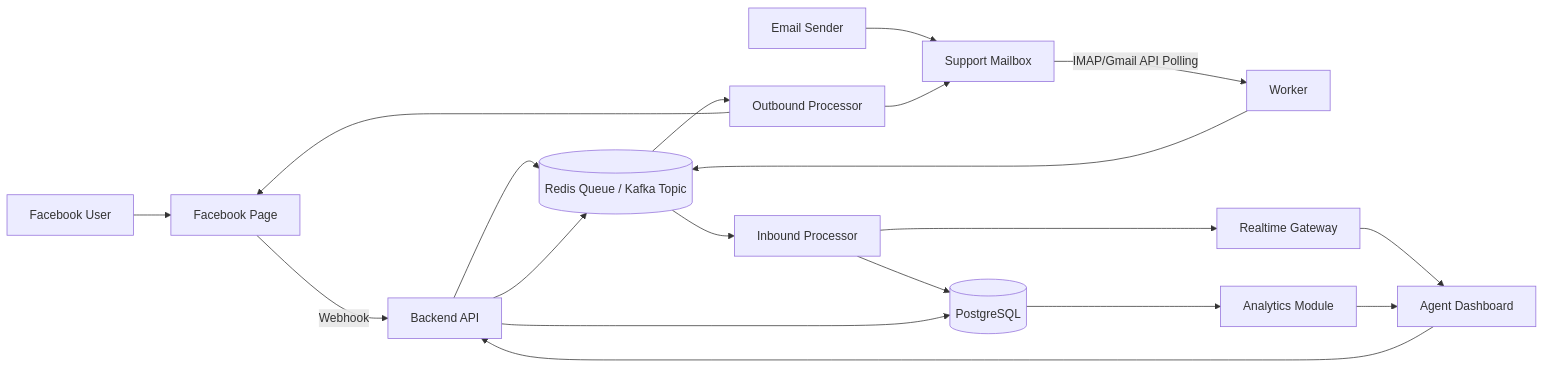
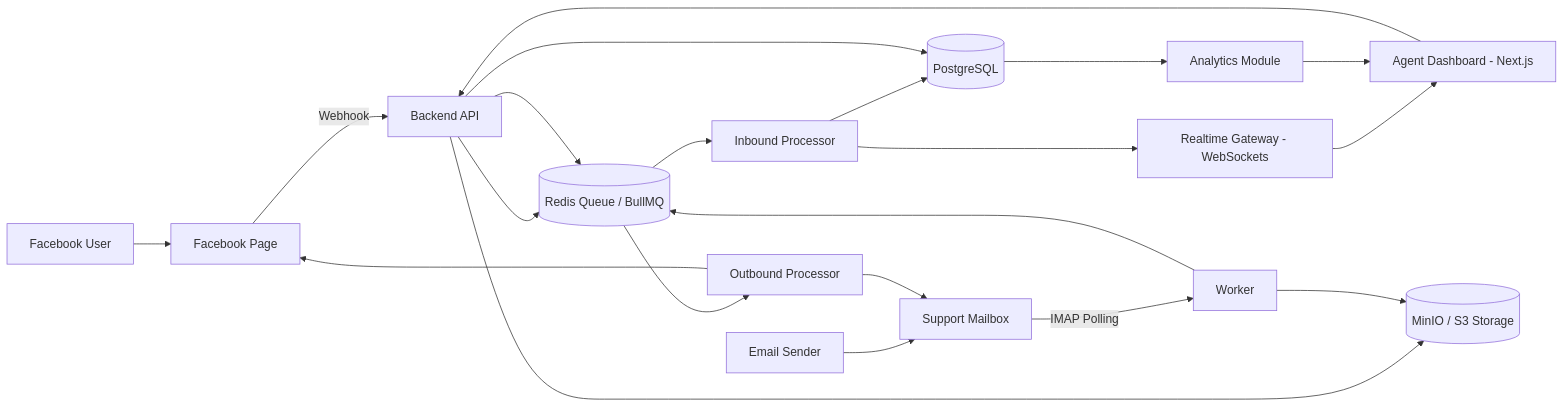
The first of 6 diagrams in docs/architecture.md (tbnguyen274/omnidesk), drawn with Mermaid before and after one commit. The commit also changed other lines of this file and 8 other files, not shown here.

````diff
--- a/docs/architecture.md
+++ b/docs/architecture.md
@@ -18,27 +18,29 @@
 ```mermaid
 flowchart LR
     CustomerFB[Facebook User] --> FB[Facebook Page]
     CustomerEmail[Email Sender] --> Mailbox[Support Mailbox]
 
     FB -->|Webhook| API[Backend API]
-    Mailbox -->|IMAP/Gmail API Polling| Worker[Worker]
+    Mailbox -->|IMAP Polling| Worker[Worker]
 
-    API --> Queue[(Redis Queue / Kafka Topic)]
+    API --> Queue[(Redis Queue / BullMQ)]
     Worker --> Queue
 
     Queue --> Processor[Inbound Processor]
     Processor --> DB[(PostgreSQL)]
-    Processor --> Realtime[Realtime Gateway]
+    Processor --> Realtime[Realtime Gateway - WebSockets]
 
-    FE[Agent Dashboard] --> API
+    FE[Agent Dashboard - Next.js] --> API
     API --> DB
     API --> Queue
+    API --> Storage[(MinIO / S3 Storage)]
+    Worker --> Storage
     Realtime --> FE
 
     Queue --> Outbound[Outbound Processor]
     Outbound --> FB
     Outbound --> Mailbox
 
     DB --> Analytics[Analytics Module]
     Analytics --> FE
 ```
````
